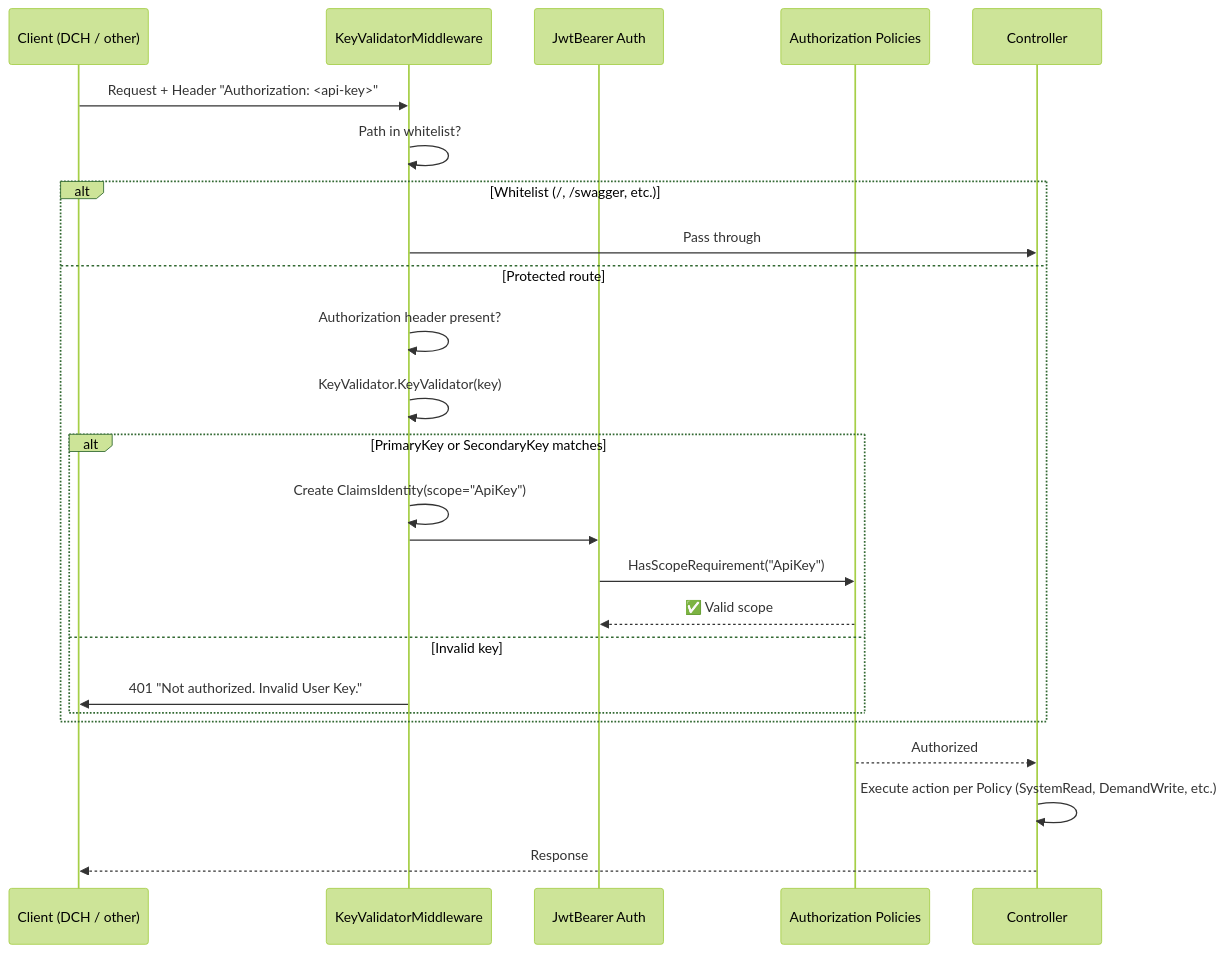
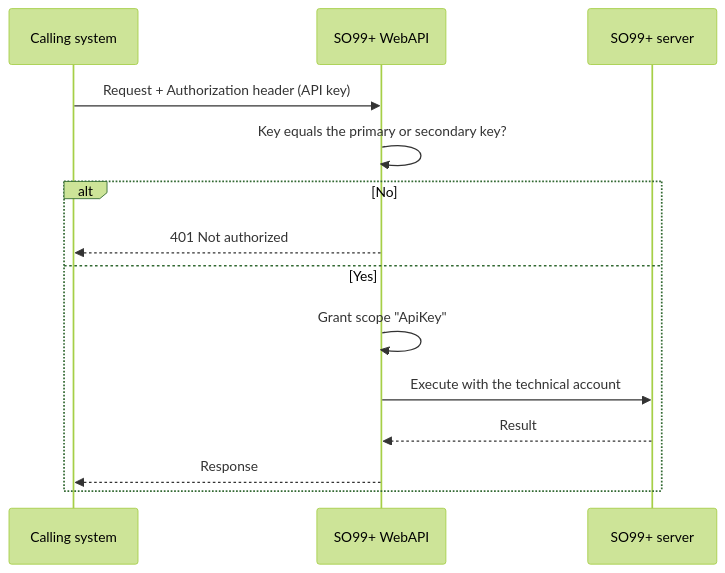
Before and after one commit to dserranotools/DCH_Implementations: diagram 12 of 15 in Docs/AuthAnalysis/DCH_SO99_Authentication_Analysis.en.md, drawn with Mermaid (forest theme). The commit also changed other lines of this file and 2 other files, not shown here.

Commit message:
Refactor authentication and authorization documentation for DCH and SO99+: streamline executive summary, enhance clarity on user roles and permissions, and improve alignment recommendations. Update README for better navigation and document structure.

````diff
--- a/Docs/AuthAnalysis/DCH_SO99_Authentication_Analysis.en.md
+++ b/Docs/AuthAnalysis/DCH_SO99_Authentication_Analysis.en.md
@@ -508,31 +476,16 @@
 ```mermaid
 sequenceDiagram
-    participant C as Client (DCH / other)
-    participant MW as KeyValidatorMiddleware
-    participant AUTH as JwtBearer Auth
-    participant POL as Authorization Policies
-    participant CTRL as Controller
-
-    C->>MW: Request + Header "Authorization: <api-key>"
-    
-    MW->>MW: Path in whitelist?
-    alt Whitelist (/, /swagger, etc.)
-        MW->>CTRL: Pass through
-    else Protected route
-        MW->>MW: Authorization header present?
-        MW->>MW: KeyValidator.KeyValidator(key)
-        
-        alt PrimaryKey or SecondaryKey matches
-            MW->>MW: Create ClaimsIdentity(scope="ApiKey")
-            MW->>AUTH: 
-            AUTH->>POL: HasScopeRequirement("ApiKey")
-            POL-->>AUTH: ✅ Valid scope
-        else Invalid key
-            MW->>C: 401 "Not authorized. Invalid User Key."
-        end
+    participant C as Calling system
+    participant A as SO99+ WebAPI
+    participant S as SO99+ server
+    C->>A: Request + Authorization header (API key)
+    A->>A: Key equals the primary or secondary key?
+    alt No
+        A-->>C: 401 Not authorized
+    else Yes
+        A->>A: Grant scope "ApiKey"
+        A->>S: Execute with the technical account
+        S-->>A: Result
+        A-->>C: Response
     end
-    
-    POL-->>CTRL: Authorized
-    CTRL->>CTRL: Execute action per Policy (SystemRead, DemandWrite, etc.)
-    CTRL-->>C: Response
 ```
````
